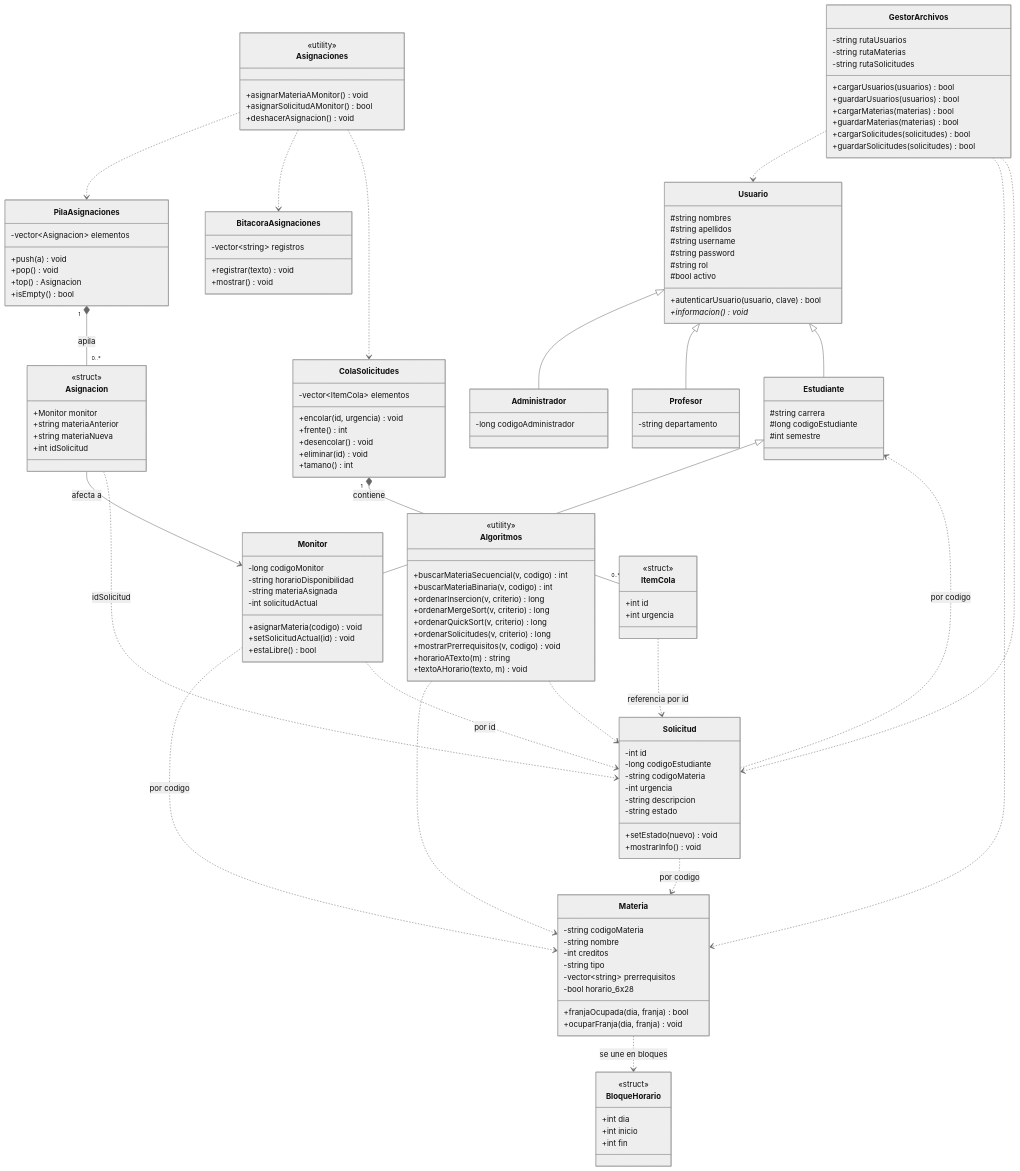
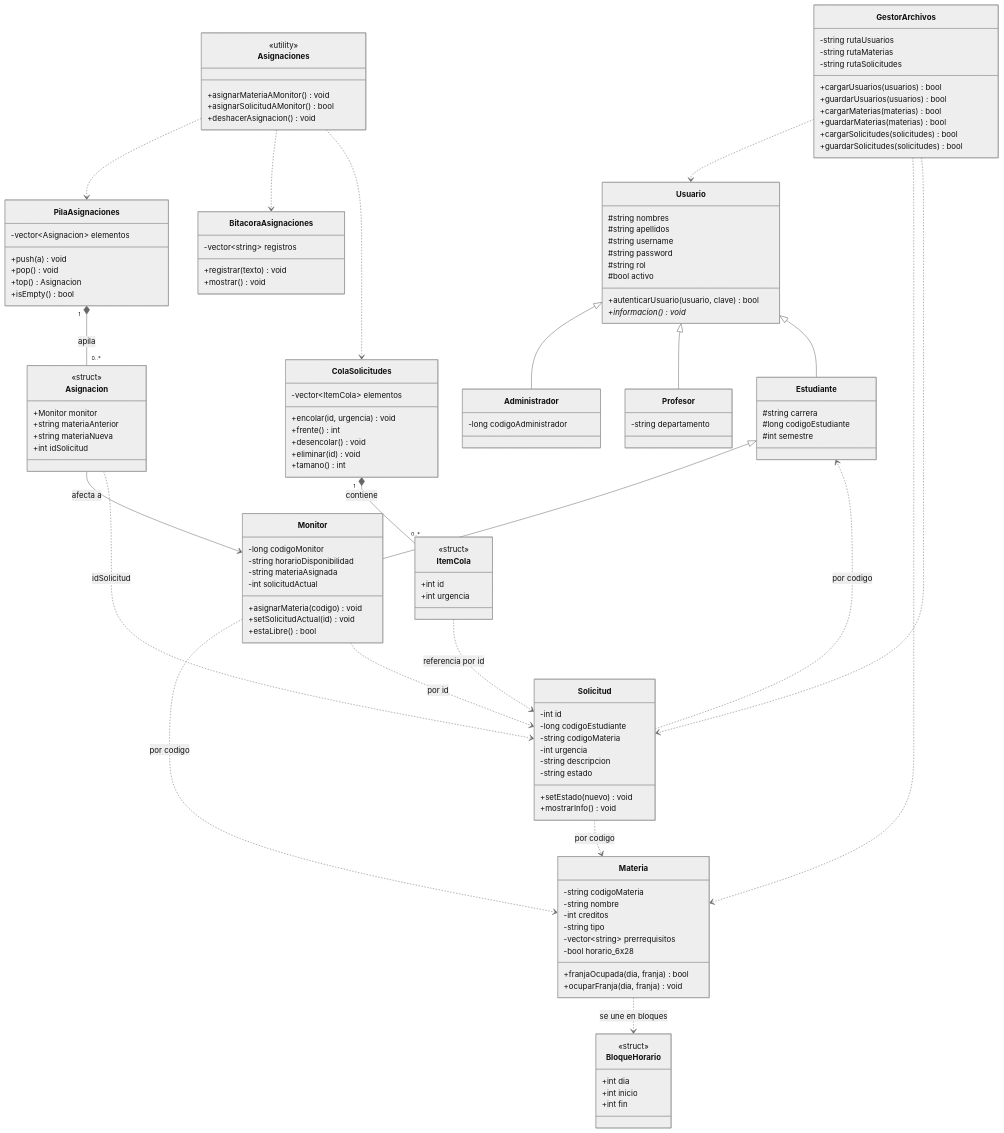
Before and after one commit to worksedu-prog/Algoritmos-2026-S2-PROYECTO: the second of 4 diagrams in README.md, drawn with Mermaid (neutral theme). The commit also changed other lines of this file and 15 other files, not shown here.

```diff
--- a/README.md
+++ b/README.md
@@ -258,18 +255,7 @@
         +cargarSolicitudes(solicitudes) bool
         +guardarSolicitudes(solicitudes) bool
     }
-    class Algoritmos {
-        <<utility>>
-        +buscarMateriaSecuencial(v, codigo) int
-        +buscarMateriaBinaria(v, codigo) int
-        +ordenarInsercion(v, criterio) long
-        +ordenarMergeSort(v, criterio) long
-        +ordenarQuickSort(v, criterio) long
-        +ordenarSolicitudes(v, criterio) long
-        +mostrarPrerrequisitos(v, codigo) void
-        +horarioATexto(m) string
-        +textoAHorario(texto, m) void
-    }
+
     class Asignaciones {
         <<utility>>
         +asignarMateriaAMonitor() void
@@ -297,8 +283,7 @@
     Asignaciones ..> PilaAsignaciones
     Asignaciones ..> BitacoraAsignaciones
     Asignaciones ..> ColaSolicitudes
-    Algoritmos ..> Materia
-    Algoritmos ..> Solicitud
+
     GestorArchivos ..> Usuario
     GestorArchivos ..> Materia
     GestorArchivos ..> Solicitud
```
